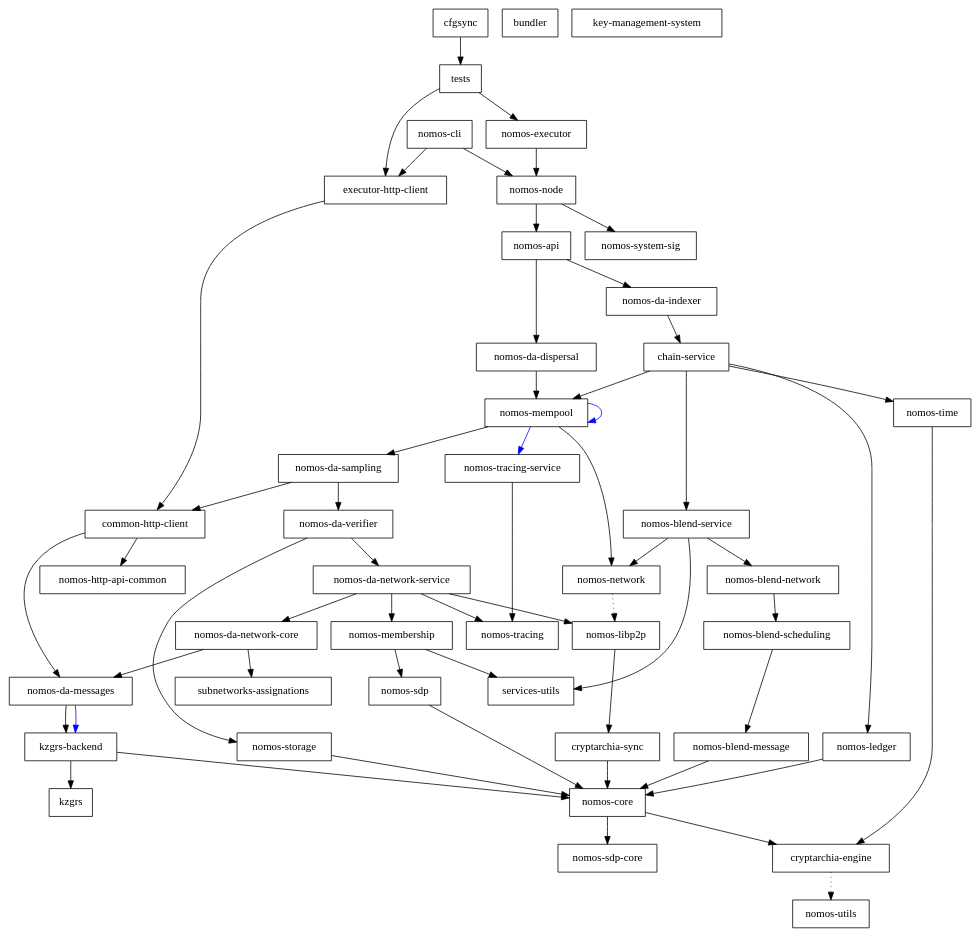
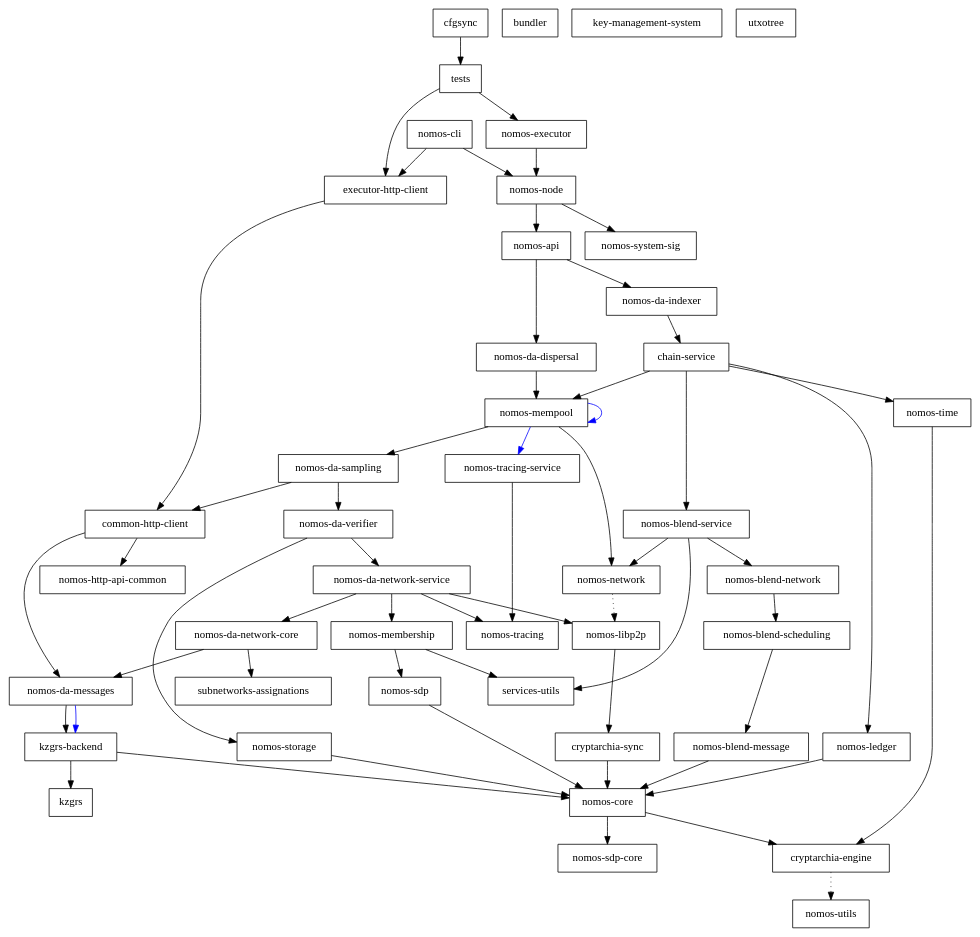
Before and after one commit to Astro521/logos-blockchain: the diagram in dependencies_graph.dot, drawn with Graphviz. The commit also changed 4 other files, not shown here.

```diff
--- a/dependencies_graph.dot
+++ b/dependencies_graph.dot
@@ -1,101 +1,102 @@
 digraph {
     0 [ label = "cryptarchia-engine" shape = box]
     1 [ label = "nomos-utils" shape = box]
     2 [ label = "cryptarchia-sync" shape = box]
     3 [ label = "nomos-core" shape = box]
     4 [ label = "nomos-sdp-core" shape = box]
     5 [ label = "nomos-ledger" shape = box]
     6 [ label = "nomos-http-api-common" shape = box]
     7 [ label = "nomos-executor" shape = box]
     8 [ label = "kzgrs-backend" shape = box]
     9 [ label = "kzgrs" shape = box]
     10 [ label = "nomos-api" shape = box]
     11 [ label = "chain-service" shape = box]
     12 [ label = "nomos-blend-service" shape = box]
     13 [ label = "nomos-blend-message" shape = box]
     14 [ label = "nomos-blend-network" shape = box]
     15 [ label = "nomos-blend-scheduling" shape = box]
     16 [ label = "nomos-libp2p" shape = box]
     17 [ label = "nomos-network" shape = box]
     18 [ label = "services-utils" shape = box]
     19 [ label = "nomos-da-sampling" shape = box]
     20 [ label = "common-http-client" shape = box]
     21 [ label = "nomos-da-messages" shape = box]
     22 [ label = "nomos-da-network-core" shape = box]
     23 [ label = "subnetworks-assignations" shape = box]
     24 [ label = "nomos-da-network-service" shape = box]
     25 [ label = "nomos-membership" shape = box]
     26 [ label = "nomos-sdp" shape = box]
     27 [ label = "nomos-tracing" shape = box]
     28 [ label = "nomos-da-verifier" shape = box]
     29 [ label = "nomos-storage" shape = box]
     30 [ label = "nomos-mempool" shape = box]
     31 [ label = "nomos-tracing-service" shape = box]
     32 [ label = "nomos-time" shape = box]
     33 [ label = "nomos-da-dispersal" shape = box]
     34 [ label = "nomos-da-indexer" shape = box]
     35 [ label = "nomos-node" shape = box]
     36 [ label = "nomos-system-sig" shape = box]
     37 [ label = "executor-http-client" shape = box]
     38 [ label = "bundler" shape = box]
     39 [ label = "nomos-cli" shape = box]
     40 [ label = "key-management-system" shape = box]
     41 [ label = "cfgsync" shape = box]
     42 [ label = "tests" shape = box]
+    43 [ label = "utxotree" shape = box]
     0 -> 1 [ style = dotted]
     2 -> 3 [ ]
     3 -> 0 [ ]
     3 -> 4 [ ]
     5 -> 3 [ ]
     7 -> 35 [ ]
     8 -> 9 [ ]
     8 -> 3 [ ]
     10 -> 33 [ ]
     10 -> 34 [ ]
     11 -> 12 [ ]
     11 -> 5 [ ]
     11 -> 30 [ ]
     11 -> 32 [ ]
     12 -> 14 [ ]
     12 -> 17 [ ]
     12 -> 18 [ ]
     13 -> 3 [ ]
     14 -> 15 [ ]
     15 -> 13 [ ]
     16 -> 2 [ ]
     17 -> 16 [ style = dotted]
     19 -> 20 [ ]
     19 -> 28 [ ]
     20 -> 21 [ ]
     20 -> 6 [ ]
     21 -> 8 [ ]
     21 -> 8 [ color = blue]
     22 -> 21 [ ]
     22 -> 23 [ ]
     24 -> 22 [ ]
     24 -> 16 [ ]
     24 -> 25 [ ]
     24 -> 27 [ ]
     25 -> 26 [ ]
     25 -> 18 [ ]
     26 -> 3 [ ]
     28 -> 24 [ ]
     28 -> 29 [ ]
     29 -> 3 [ ]
     30 -> 19 [ ]
     30 -> 30 [ color = blue]
     30 -> 17 [ ]
     30 -> 31 [ color = blue]
     31 -> 27 [ ]
     32 -> 0 [ ]
     33 -> 30 [ ]
     34 -> 11 [ ]
     35 -> 10 [ ]
     35 -> 36 [ ]
     37 -> 20 [ ]
     39 -> 37 [ ]
     39 -> 35 [ ]
     41 -> 42 [ ]
     42 -> 37 [ ]
     42 -> 7 [ ]
 }
```
